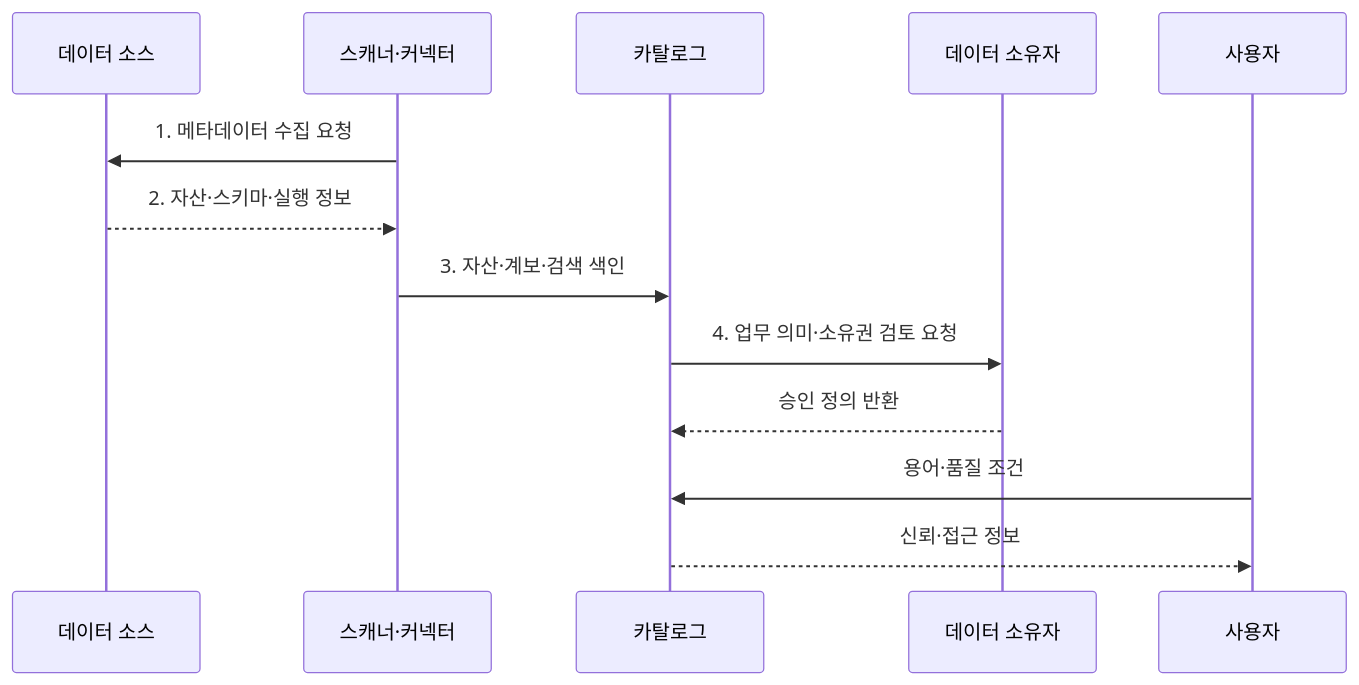
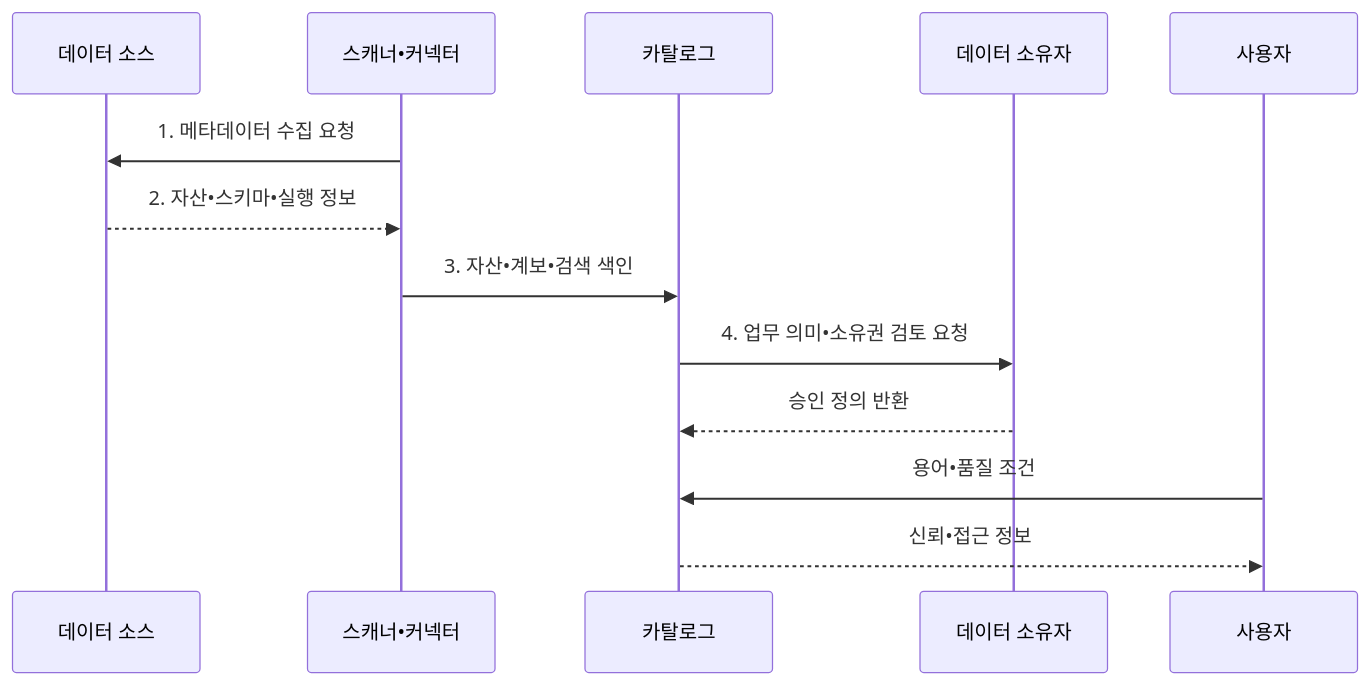
Before and after one commit to agnusdei1207/knowledge-base: the second of 2 diagrams in src/content/docs/notes/03-software/133_data_catalog.md, drawn with Mermaid. The commit also changed other lines of this file and 953 other files, not shown here.

````diff
--- a/src/content/docs/notes/03-software/133_data_catalog.md
+++ b/src/content/docs/notes/03-software/133_data_catalog.md
@@ -111,15 +111,15 @@
 ```mermaid
 sequenceDiagram
     participant S as 데이터 소스
-    participant C as 스캐너·커넥터
+    participant C as 스캐너•커넥터
     participant M as 카탈로그
     participant O as 데이터 소유자
     participant U as 사용자
     C->>S: 1. 메타데이터 수집 요청
-    S-->>C: 2. 자산·스키마·실행 정보
-    C->>M: 3. 자산·계보·검색 색인
-    M->>O: 4. 업무 의미·소유권 검토 요청
+    S-->>C: 2. 자산•스키마•실행 정보
+    C->>M: 3. 자산•계보•검색 색인
+    M->>O: 4. 업무 의미•소유권 검토 요청
     O-->>M: 승인 정의 반환
-    U->>M: 용어·품질 조건
-    M-->>U: 신뢰·접근 정보
+    U->>M: 용어•품질 조건
+    M-->>U: 신뢰•접근 정보
 ```
````
